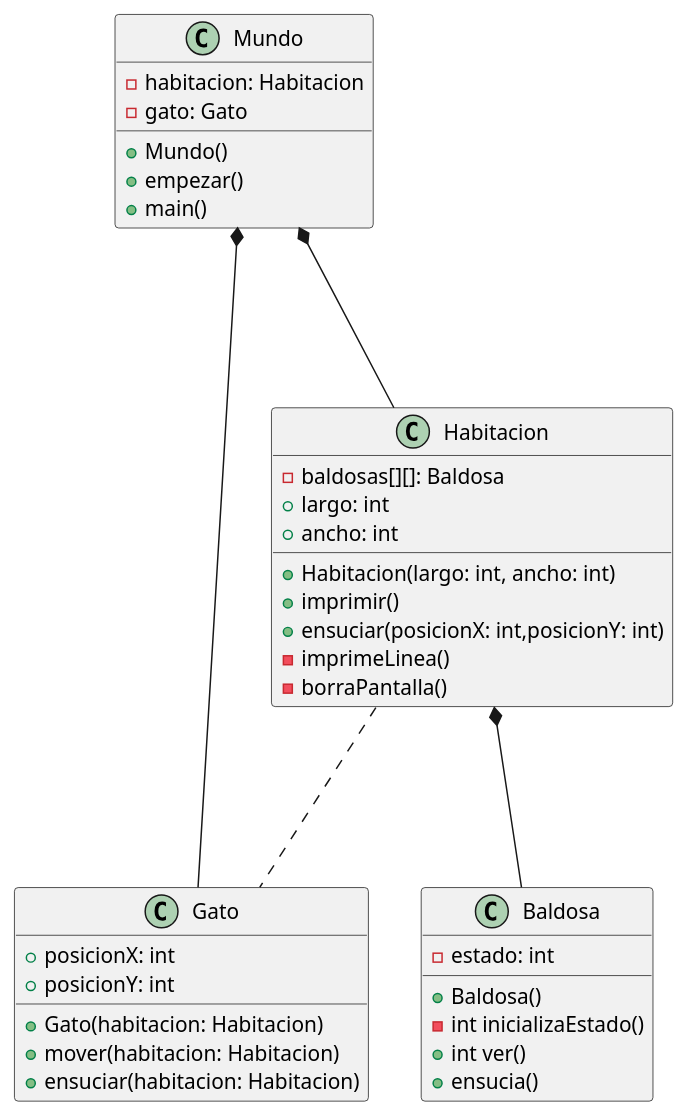
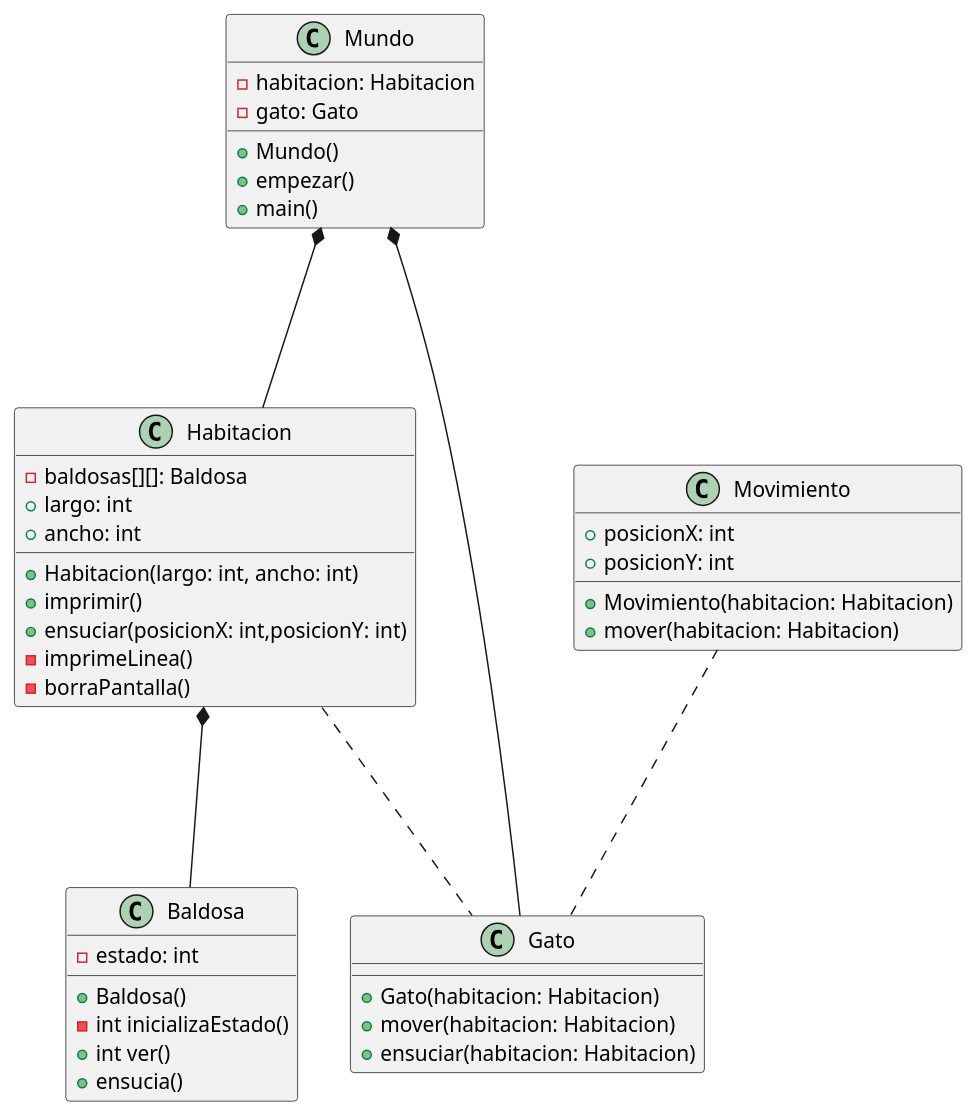
Before and after one commit to mmasias/theWorld: the diagram in modelosUML/diagrama001.puml, drawn with PlantUML. The commit also changed 9 other files, not shown here.

```diff
--- a/modelosUML/diagrama001.puml
+++ b/modelosUML/diagrama001.puml
@@ -1,43 +1,49 @@
 @startuml
 
 class Mundo{
     - habitacion: Habitacion
     - gato: Gato 
     + Mundo()
     + empezar()
     + main()
 }
 
 class Habitacion {
     - baldosas[][]: Baldosa
     + largo: int
     + ancho: int
     +Habitacion(largo: int, ancho: int)
     +imprimir()
     +ensuciar(posicionX: int,posicionY: int)
     -imprimeLinea()
     -borraPantalla()
 }
 
 class Baldosa{
     - estado: int
     + Baldosa()
     - int inicializaEstado()
     + int ver()
     + ensucia()
 }
 
 class Gato{
-    + posicionX: int
-    + posicionY: int
     + Gato(habitacion: Habitacion)
     + mover(habitacion: Habitacion)
     + ensuciar(habitacion: Habitacion)
 }
 
-Mundo *-D-- Habitacion
-Mundo *-R--- Gato
-Habitacion *-D-- Baldosa 
+class Movimiento {
+    + posicionX: int
+    + posicionY: int
+    + Movimiento(habitacion: Habitacion)
+    + mover(habitacion: Habitacion)
+}
+
+
+Mundo *--- Habitacion
+Mundo *--- Gato
+Habitacion *--- Baldosa 
 Habitacion ... Gato
-
+Movimiento ... Gato
 @enduml
```
